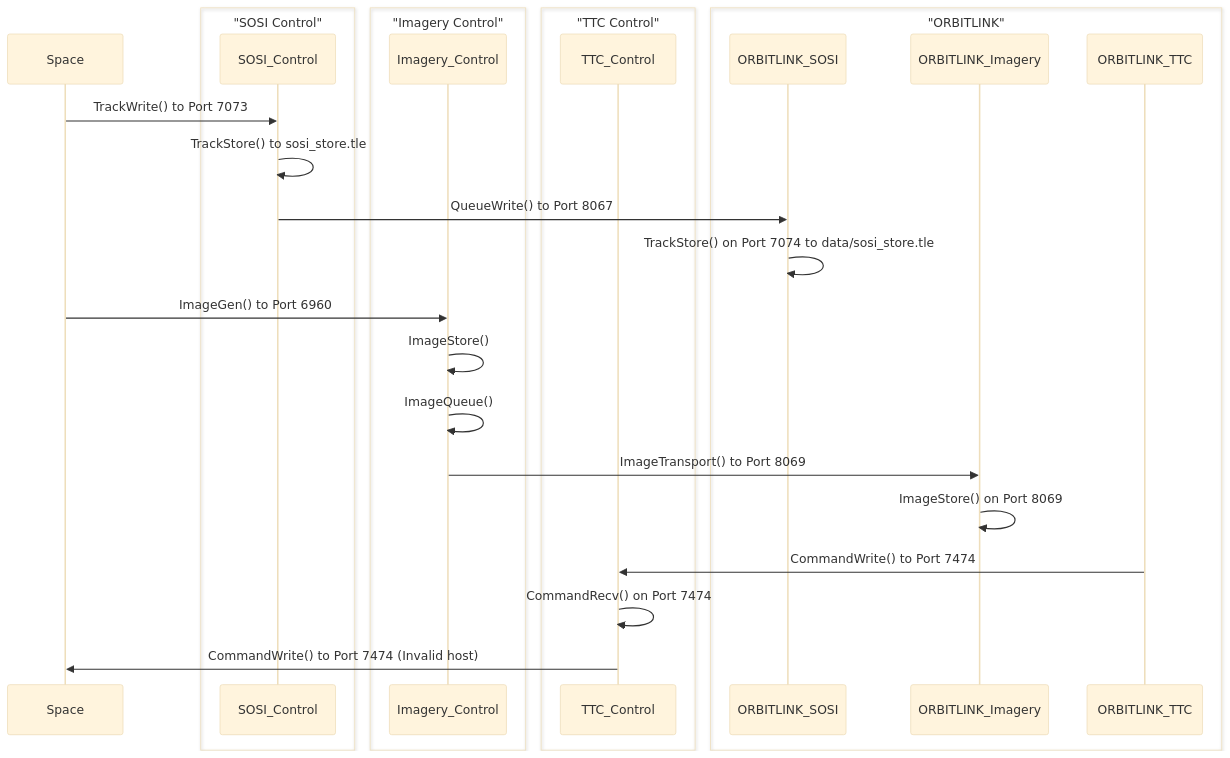
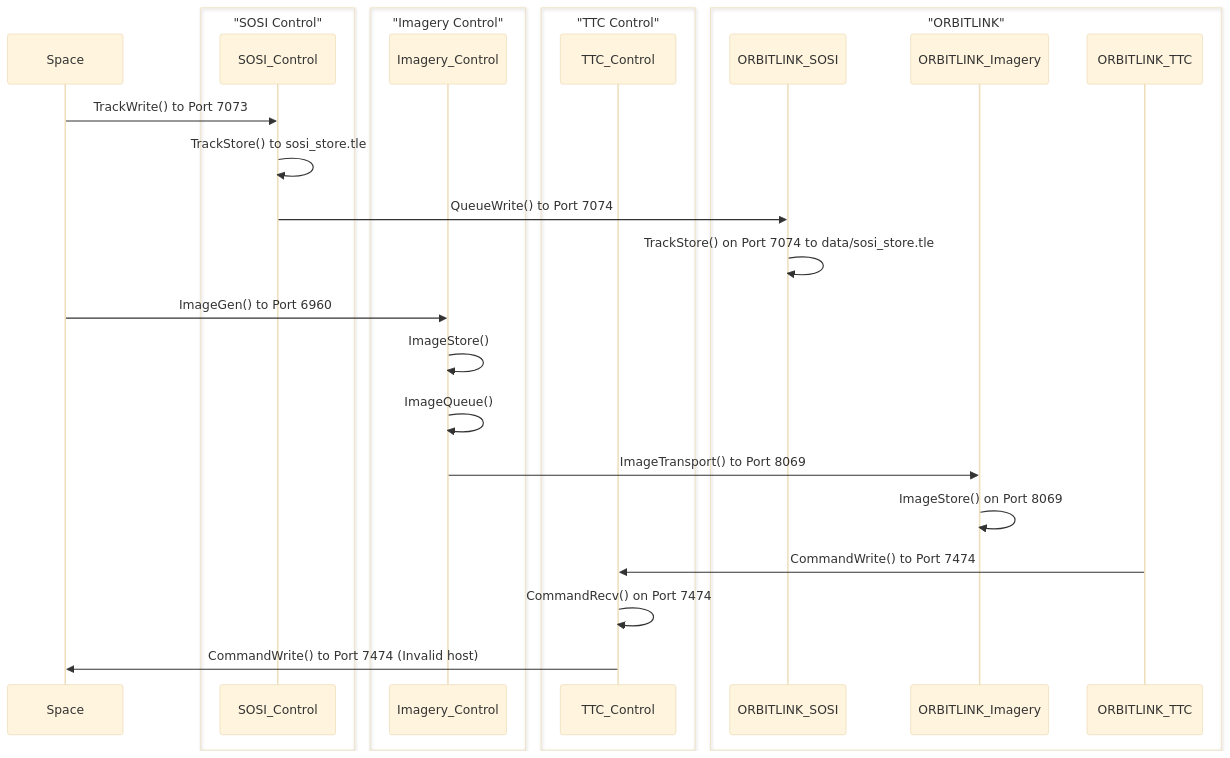
The second of 2 diagrams in README.md (blues-clues-security/orbitlink), drawn with Mermaid (base theme) before and after one commit.

Commit message:
Wrong port on overall diagram for SOSI queue_write()

````diff
--- a/README.md
+++ b/README.md
@@ -60,45 +60,45 @@
 ```mermaid
 sequenceDiagram
 
     participant Space
 
     %% Group for SOSI
     box "SOSI Control"
         participant SOSI_Control
     end
 
     %% Group for Imagery
     box "Imagery Control"
         participant Imagery_Control
     end
 
     %% Group for TTC
     box "TTC Control"
         participant TTC_Control
     end
 
     %% Group for ORBITLINK
     box "ORBITLINK"
         participant ORBITLINK_SOSI
         participant ORBITLINK_Imagery
         participant ORBITLINK_TTC
     end
     
     %% For SOSI
     Space->>SOSI_Control: TrackWrite() to Port 7073
     SOSI_Control->>SOSI_Control: TrackStore() to sosi_store.tle
-    SOSI_Control->>ORBITLINK_SOSI: QueueWrite() to Port 8067
+    SOSI_Control->>ORBITLINK_SOSI: QueueWrite() to Port 7074
     ORBITLINK_SOSI->>ORBITLINK_SOSI: TrackStore() on Port 7074 to data/sosi_store.tle
 
     %% For Imagery
     Space->>Imagery_Control: ImageGen() to Port 6960
     Imagery_Control->>Imagery_Control: ImageStore()
     Imagery_Control->>Imagery_Control: ImageQueue()
     Imagery_Control->>ORBITLINK_Imagery: ImageTransport() to Port 8069
     ORBITLINK_Imagery->>ORBITLINK_Imagery: ImageStore() on Port 8069
 
     %% For TTC
     ORBITLINK_TTC->>TTC_Control: CommandWrite() to Port 7474
     TTC_Control->>TTC_Control: CommandRecv() on Port 7474
     TTC_Control->>Space: CommandWrite() to Port 7474 (Invalid host)
 ```
````
